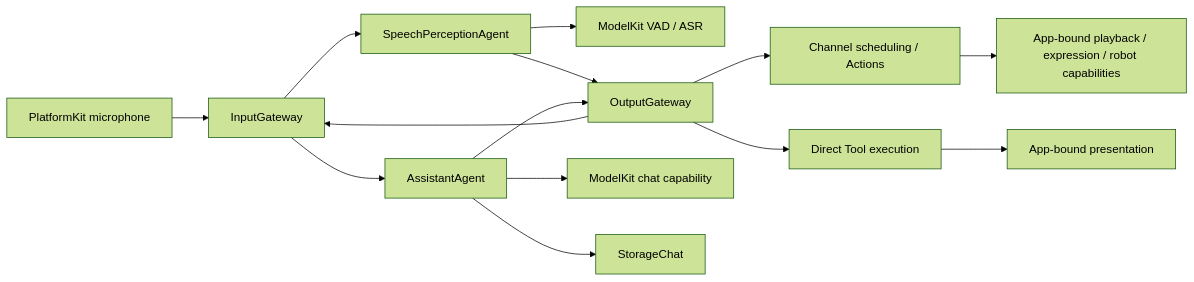
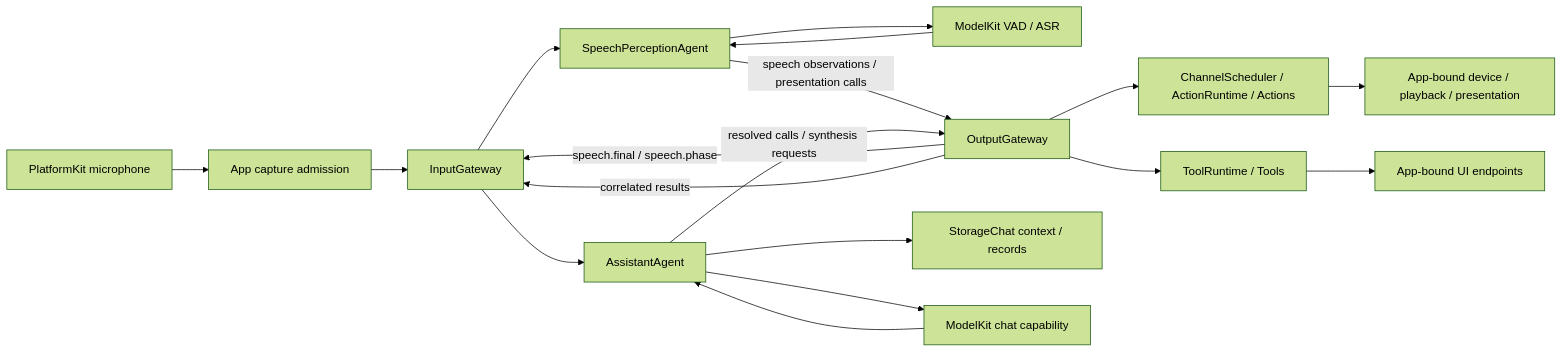
One commit to devilyouwei/MobileHarness changed the fourth of 14 diagrams in MobileHarness/README.md. Above: the diagram before and after it, drawn with Mermaid (forest theme). The commit also changed other lines of this file, not shown here.

Commit message:
Restore cross-module technical flows in the architecture document

````diff
--- a/MobileHarness/README.md
+++ b/MobileHarness/README.md
@@ -284,16 +284,20 @@
 ```mermaid
 flowchart LR
-    Microphone[PlatformKit microphone] --> Input[InputGateway]
+    Capture[PlatformKit microphone] --> Host[App capture admission]
+    Host --> Input[InputGateway]
     Input --> Perception[SpeechPerceptionAgent]
-    Perception --> Models[ModelKit VAD / ASR]
-    Perception --> Output[OutputGateway]
-    Output --> Input
+    Perception --> Recognition[ModelKit VAD / ASR]
+    Recognition --> Perception
+    Perception -->|speech observations / presentation calls| Output[OutputGateway]
+    Output -->|speech.final / speech.phase| Input
     Input --> Assistant[AssistantAgent]
+    Assistant --> Journal[StorageChat context / records]
     Assistant --> Chat[ModelKit chat capability]
-    Assistant --> Journal[StorageChat]
-    Assistant --> Output
-    Output --> Actions[Channel scheduling / Actions]
-    Output --> Tools[Direct Tool execution]
-    Actions --> Effects[App-bound playback / expression / robot capabilities]
-    Tools --> UI[App-bound presentation]
+    Chat --> Assistant
+    Assistant -->|resolved calls / synthesis requests| Output
+    Output --> Actions[ChannelScheduler / ActionRuntime / Actions]
+    Output --> Tools[ToolRuntime / Tools]
+    Actions --> Effects[App-bound device / playback / presentation]
+    Tools --> Presentation[App-bound UI endpoints]
+    Output -->|correlated results| Input
 ```
````
